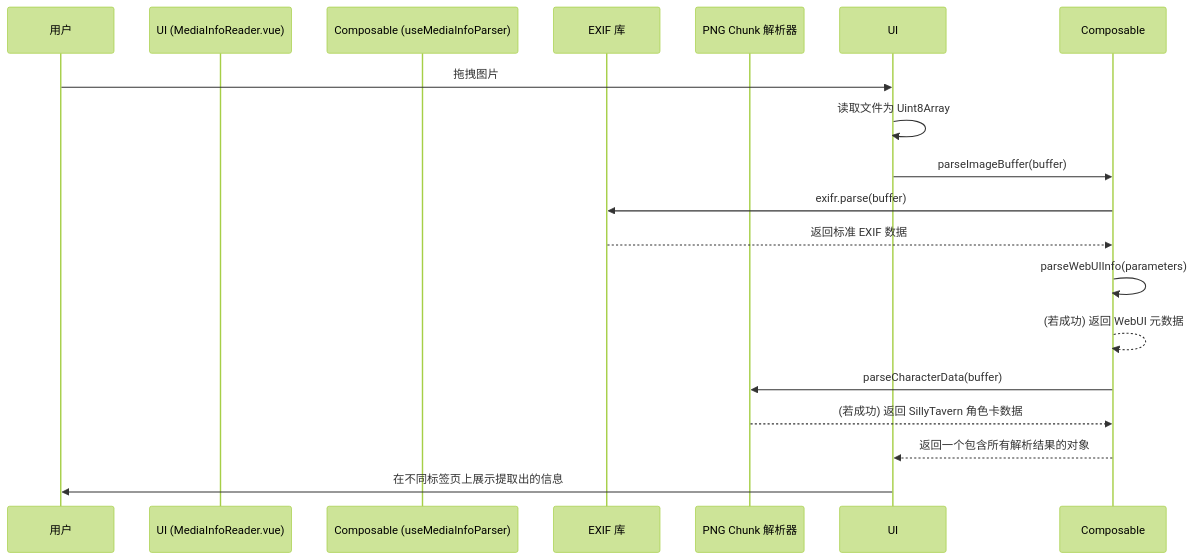
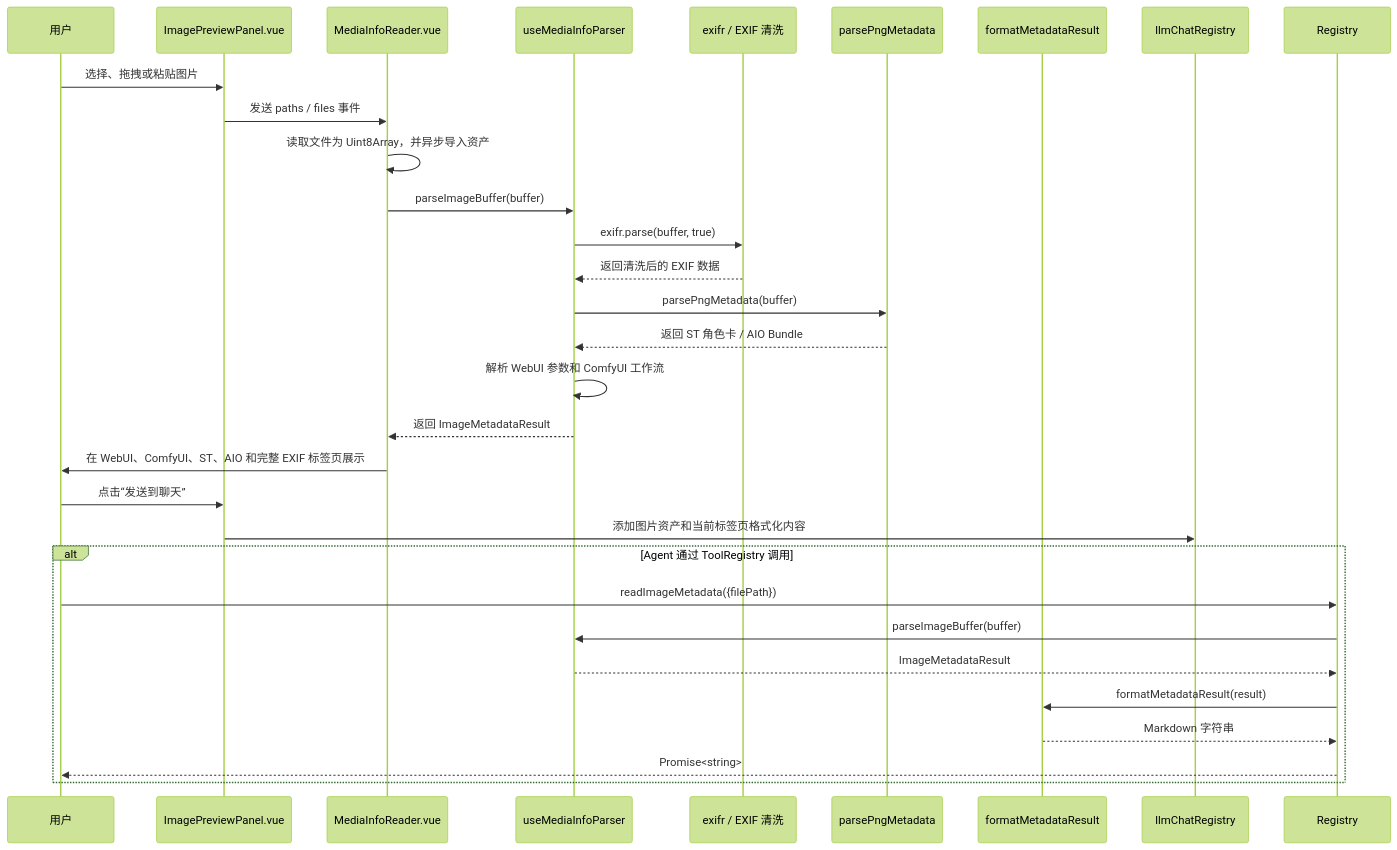
The diagram in src/tools/media-info-reader/ARCHITECTURE.md (miaotouy/aio-hub), drawn with Mermaid (forest theme) before and after one commit. The commit also changed other lines of this file and 28 other files, not shown here.

````diff
--- a/src/tools/media-info-reader/ARCHITECTURE.md
+++ b/src/tools/media-info-reader/ARCHITECTURE.md
@@ -35,24 +44,34 @@
 ```mermaid
 sequenceDiagram
     participant User as 用户
-    participant UI (MediaInfoReader.vue)
-    participant Composable (useMediaInfoParser)
-    participant exifr as EXIF 库
-    participant PNGParser as PNG Chunk 解析器
+    participant Panel as ImagePreviewPanel.vue
+    participant UI as MediaInfoReader.vue
+    participant Composable as useMediaInfoParser
+    participant EXIF as exifr / EXIF 清洗
+    participant PNGParser as parsePngMetadata
+    participant Formatter as formatMetadataResult
+    participant Chat as llmChatRegistry
 
-    User->>UI: 拖拽图片
-    UI->>UI: 读取文件为 Uint8Array
+    User->>Panel: 选择、拖拽或粘贴图片
+    Panel->>UI: 发送 paths / files 事件
+    UI->>UI: 读取文件为 Uint8Array，并异步导入资产
     UI->>Composable: parseImageBuffer(buffer)
-    
-    Composable->>exifr: exifr.parse(buffer)
-    exifr-->>Composable: 返回标准 EXIF 数据
-    
-    Composable->>Composable: parseWebUIInfo(parameters)
-    Composable-->>Composable: (若成功) 返回 WebUI 元数据
-    
-    Composable->>PNGParser: parseCharacterData(buffer)
-    PNGParser-->>Composable: (若成功) 返回 SillyTavern 角色卡数据
-    
-    Composable-->>UI: 返回一个包含所有解析结果的对象
-    UI->>User: 在不同标签页上展示提取出的信息
+    Composable->>EXIF: exifr.parse(buffer, true)
+    EXIF-->>Composable: 返回清洗后的 EXIF 数据
+    Composable->>PNGParser: parsePngMetadata(buffer)
+    PNGParser-->>Composable: 返回 ST 角色卡 / AIO Bundle
+    Composable->>Composable: 解析 WebUI 参数和 ComfyUI 工作流
+    Composable-->>UI: 返回 ImageMetadataResult
+    UI->>User: 在 WebUI、ComfyUI、ST、AIO 和完整 EXIF 标签页展示
+    User->>Panel: 点击“发送到聊天”
+    Panel->>Chat: 添加图片资产和当前标签页格式化内容
+
+    alt Agent 通过 ToolRegistry 调用
+        User->>Registry: readImageMetadata({filePath})
+        Registry->>Composable: parseImageBuffer(buffer)
+        Composable-->>Registry: ImageMetadataResult
+        Registry->>Formatter: formatMetadataResult(result)
+        Formatter-->>Registry: Markdown 字符串
+        Registry-->>User: Promise<string>
+    end
 ```
````
